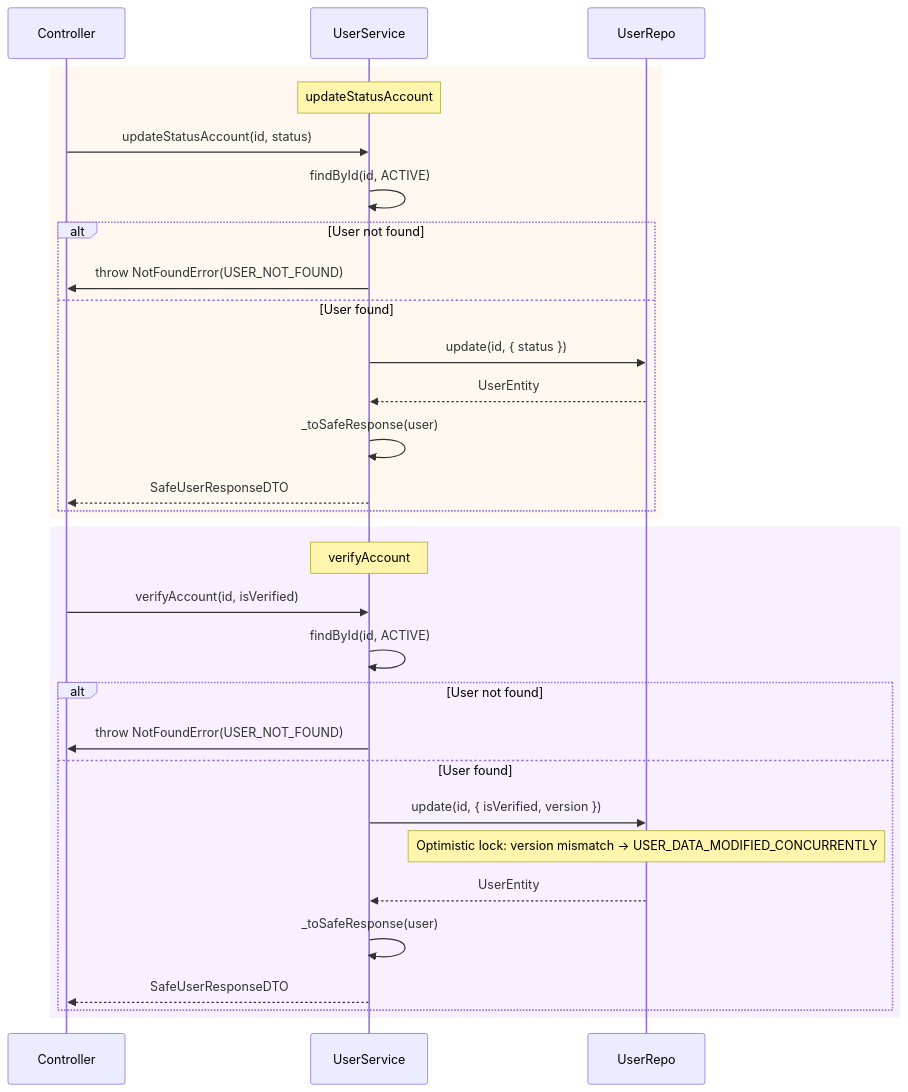
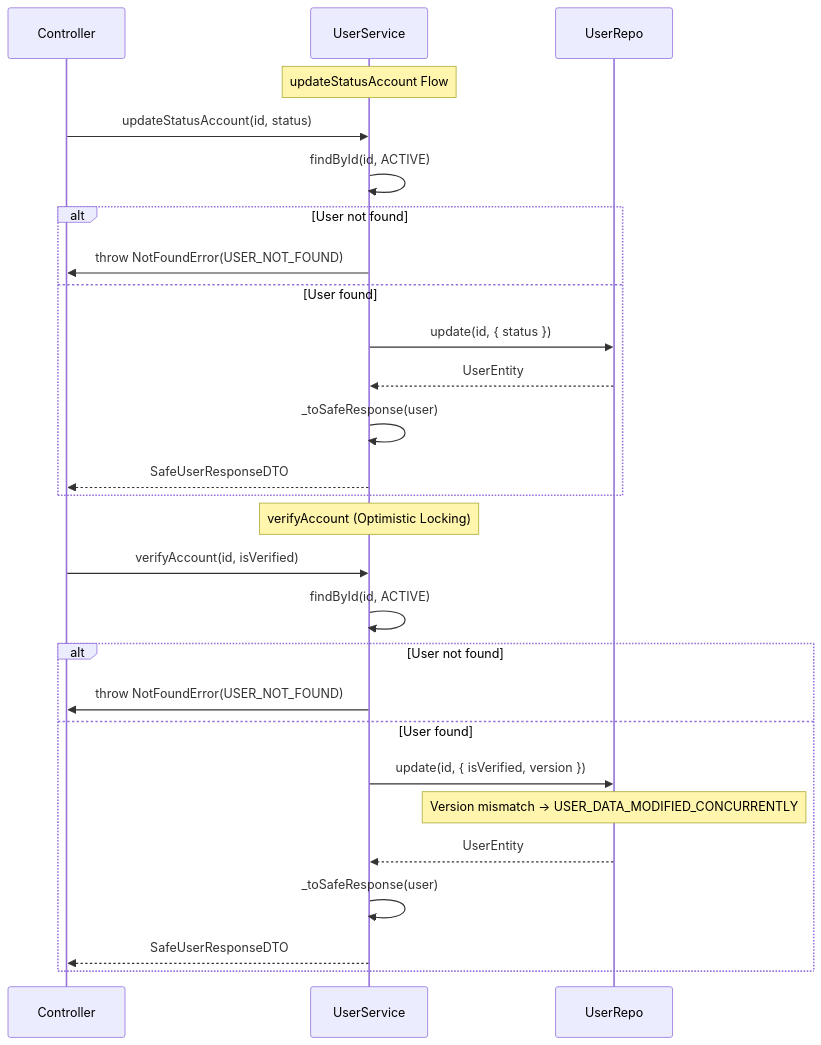
The sixth of 8 diagrams in server/src/modules/users/README.md (SangHynh/atomecom), drawn with Mermaid before and after one commit. The commit also changed other lines of this file, not shown here.

Commit message:
fix(docs): fix user module docs

````diff
--- a/server/src/modules/users/README.md
+++ b/server/src/modules/users/README.md
@@ -206,35 +202,31 @@
 ```mermaid
 sequenceDiagram
     participant C as Controller
     participant S as UserService
     participant R as UserRepo
 
-    rect rgb(255, 248, 240)
-        Note over S: updateStatusAccount
-        C->>S: updateStatusAccount(id, status)
-        S->>S: findById(id, ACTIVE)
-        alt User not found
-            S->>C: throw NotFoundError(USER_NOT_FOUND)
-        else User found
-            S->>R: update(id, { status })
-            R-->>S: UserEntity
-            S->>S: _toSafeResponse(user)
-            S-->>C: SafeUserResponseDTO
-        end
+    Note over S: updateStatusAccount Flow
+    C->>S: updateStatusAccount(id, status)
+    S->>S: findById(id, ACTIVE)
+    alt User not found
+        S->>C: throw NotFoundError(USER_NOT_FOUND)
+    else User found
+        S->>R: update(id, { status })
+        R-->>S: UserEntity
+        S->>S: _toSafeResponse(user)
+        S-->>C: SafeUserResponseDTO
     end
 
-    rect rgb(248, 240, 255)
-        Note over S: verifyAccount
-        C->>S: verifyAccount(id, isVerified)
-        S->>S: findById(id, ACTIVE)
-        alt User not found
-            S->>C: throw NotFoundError(USER_NOT_FOUND)
-        else User found
-            S->>R: update(id, { isVerified, version })
-            Note over R: Optimistic lock: version mismatch → USER_DATA_MODIFIED_CONCURRENTLY
-            R-->>S: UserEntity
-            S->>S: _toSafeResponse(user)
-            S-->>C: SafeUserResponseDTO
-        end
+    Note over S: verifyAccount (Optimistic Locking)
+    C->>S: verifyAccount(id, isVerified)
+    S->>S: findById(id, ACTIVE)
+    alt User not found
+        S->>C: throw NotFoundError(USER_NOT_FOUND)
+    else User found
+        S->>R: update(id, { isVerified, version })
+        Note over R: Version mismatch -> USER_DATA_MODIFIED_CONCURRENTLY
+        R-->>S: UserEntity
+        S->>S: _toSafeResponse(user)
+        S-->>C: SafeUserResponseDTO
     end
 ```
````
